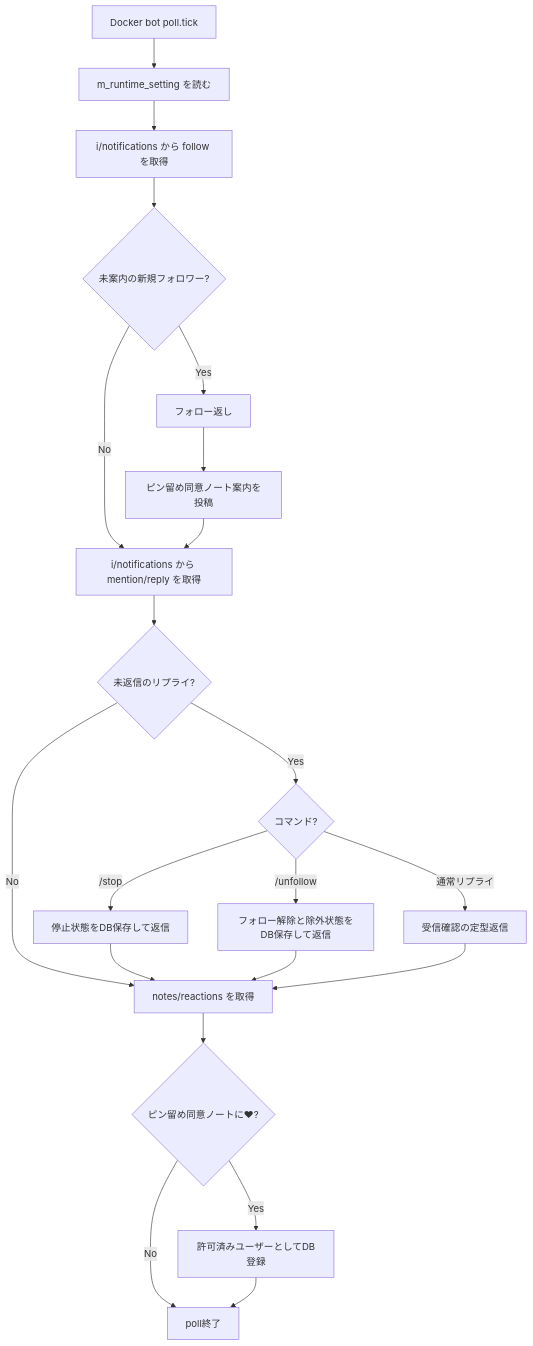
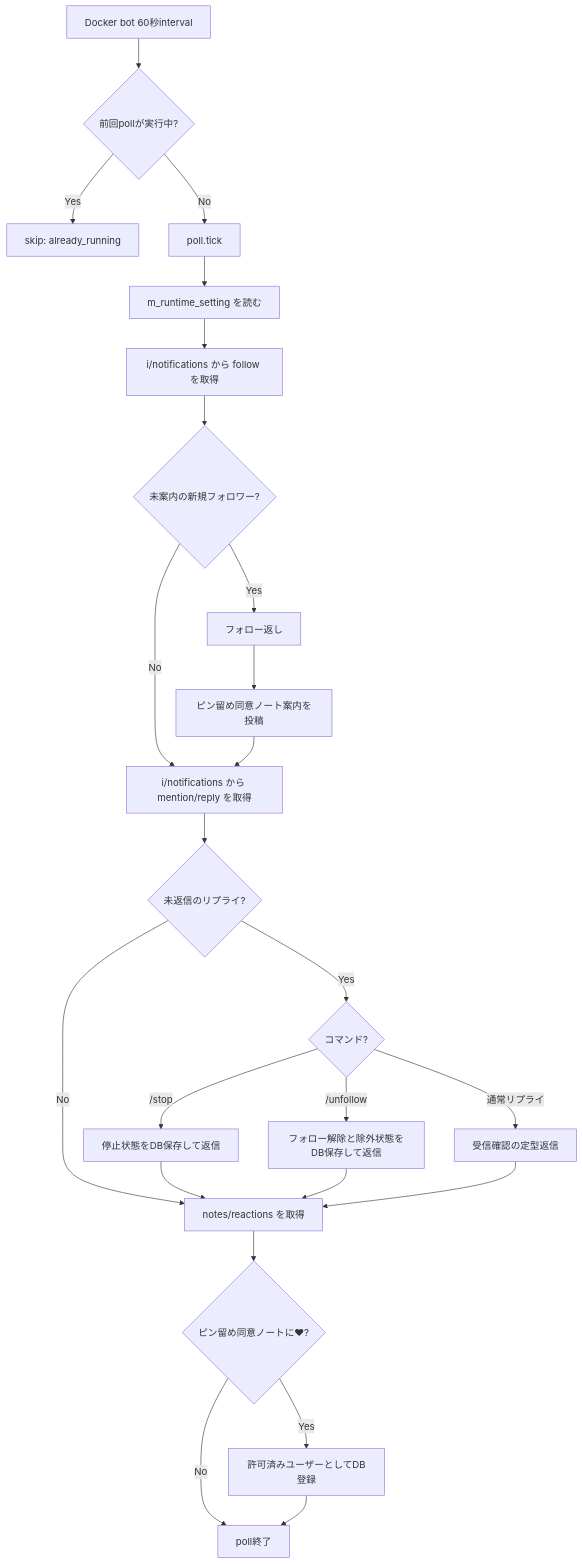
Before and after one commit to rohto4/io-bot-soul: the second of 2 diagrams in docs/spec/posting-runtime-rules.md, drawn with Mermaid. The commit also changed other lines of this file and 22 other files, not shown here.

````diff
--- a/docs/spec/posting-runtime-rules.md
+++ b/docs/spec/posting-runtime-rules.md
@@ -82,23 +83,26 @@
 ```mermaid
 flowchart TD
-  A[Docker bot poll.tick] --> B[m_runtime_setting を読む]
-  B --> C[i/notifications から follow を取得]
+  A[Docker bot 60秒interval] --> AA{前回pollが実行中?}
+  AA -- Yes --> AB[skip: already_running]
+  AA -- No --> B[poll.tick]
+  B --> C0[m_runtime_setting を読む]
+  C0 --> C[i/notifications から follow を取得]
   C --> D{未案内の新規フォロワー?}
   D -- Yes --> E[フォロー返し]
   E --> F[ピン留め同意ノート案内を投稿]
   D -- No --> G[i/notifications から mention/reply を取得]
   F --> G
   G --> H{未返信のリプライ?}
   H -- No --> L[notes/reactions を取得]
   H -- Yes --> I{コマンド?}
   I -- /stop --> J[停止状態をDB保存して返信]
   I -- /unfollow --> K[フォロー解除と除外状態をDB保存して返信]
   I -- 通常リプライ --> N[受信確認の定型返信]
   J --> L
   K --> L
   N --> L
   L --> M{ピン留め同意ノートに❤?}
   M -- Yes --> O[許可済みユーザーとしてDB登録]
   M -- No --> P[poll終了]
   O --> P
 ```
````
